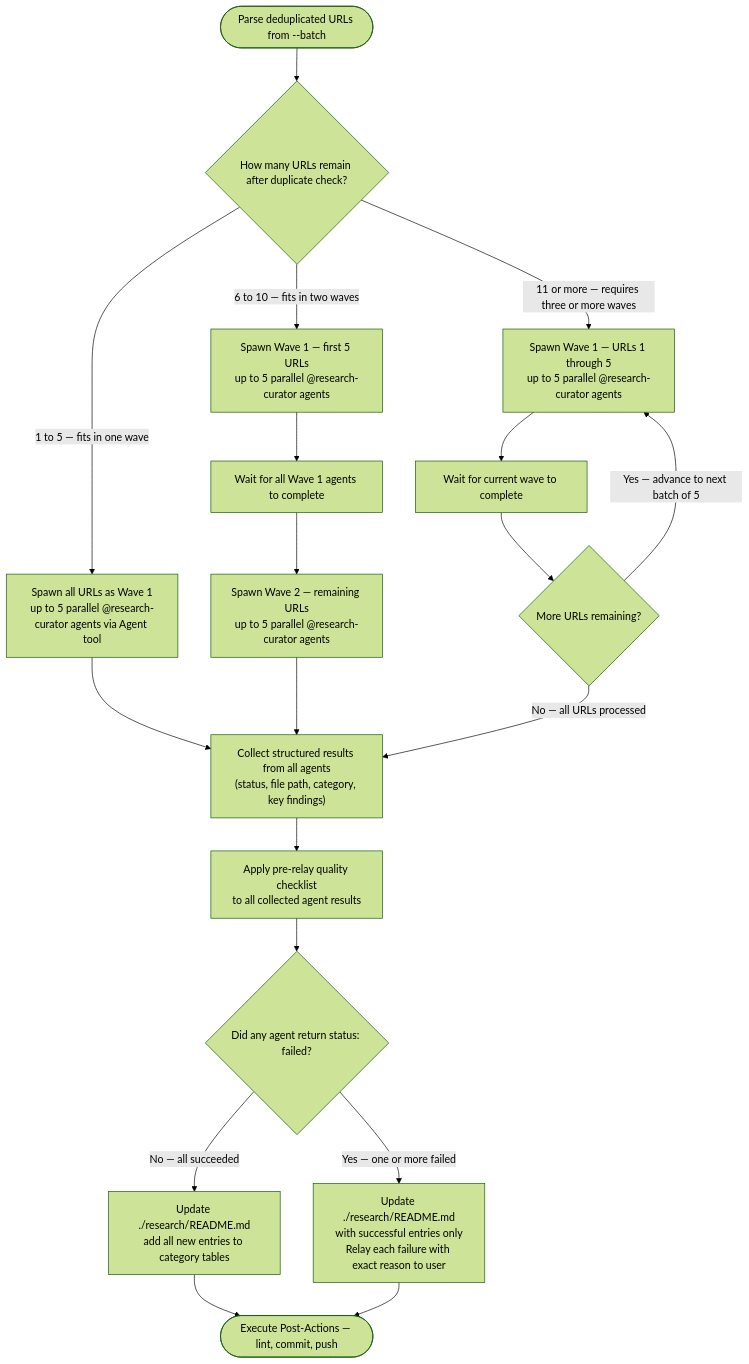
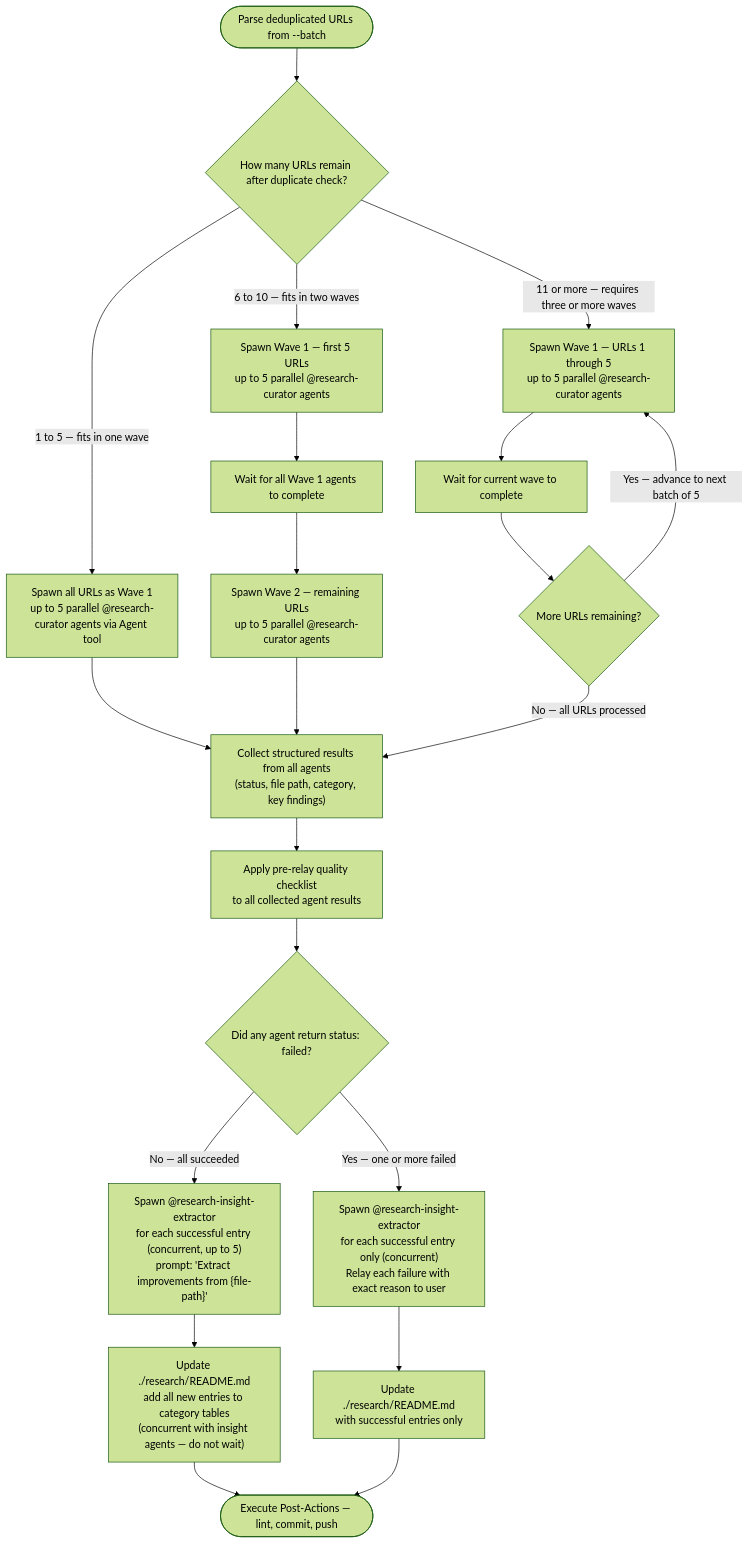
The second of 4 diagrams in .claude/skills/research-curator/SKILL.md (chgreer1070/claude_skills), drawn with Mermaid (forest theme) before and after one commit. The commit also changed other lines of this file and 2 other files, not shown here.

````diff
--- a/.claude/skills/research-curator/SKILL.md
+++ b/.claude/skills/research-curator/SKILL.md
@@ -147,21 +157,23 @@
 ```mermaid
 flowchart TD
     Start(["Parse deduplicated URLs from --batch"]) --> Count{"How many URLs remain after duplicate check?"}
     Count -->|"1 to 5 — fits in one wave"| Wave1["Spawn all URLs as Wave 1<br>up to 5 parallel @research-curator agents via Agent tool"]
     Count -->|"6 to 10 — fits in two waves"| W1a["Spawn Wave 1 — first 5 URLs<br>up to 5 parallel @research-curator agents"]
     Count -->|"11 or more — requires three or more waves"| WNa["Spawn Wave 1 — URLs 1 through 5<br>up to 5 parallel @research-curator agents"]
     Wave1 --> Collect["Collect structured results from all agents<br>(status, file path, category, key findings)"]
     W1a --> W1aDone["Wait for all Wave 1 agents to complete"]
     W1aDone --> W2a["Spawn Wave 2 — remaining URLs<br>up to 5 parallel @research-curator agents"]
     W2a --> Collect
     WNa --> WNaDone["Wait for current wave to complete"]
     WNaDone --> QMore{"More URLs remaining?"}
     QMore -->|"Yes — advance to next batch of 5"| WNa
     QMore -->|"No — all URLs processed"| Collect
     Collect --> RelayCheck["Apply pre-relay quality checklist<br>to all collected agent results"]
     RelayCheck --> Results{"Did any agent return status: failed?"}
-    Results -->|"No — all succeeded"| UpdateAll["Update ./research/README.md<br>add all new entries to category tables"]
-    Results -->|"Yes — one or more failed"| Partial["Update ./research/README.md<br>with successful entries only<br>Relay each failure with exact reason to user"]
+    Results -->|"No — all succeeded"| SpawnInsights["Spawn @research-insight-extractor<br>for each successful entry (concurrent, up to 5)<br>prompt: 'Extract improvements from {file-path}'"]
+    Results -->|"Yes — one or more failed"| SpawnInsightsPartial["Spawn @research-insight-extractor<br>for each successful entry only (concurrent)<br>Relay each failure with exact reason to user"]
+    SpawnInsights --> UpdateAll["Update ./research/README.md<br>add all new entries to category tables<br>(concurrent with insight agents — do not wait)"]
+    SpawnInsightsPartial --> Partial["Update ./research/README.md<br>with successful entries only"]
     UpdateAll --> PostActions(["Execute Post-Actions — lint, commit, push"])
     Partial --> PostActions
 ```
````
